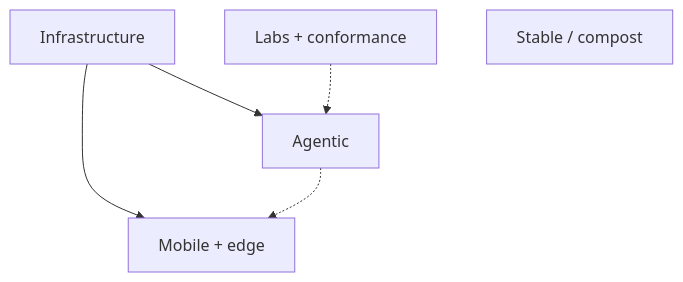
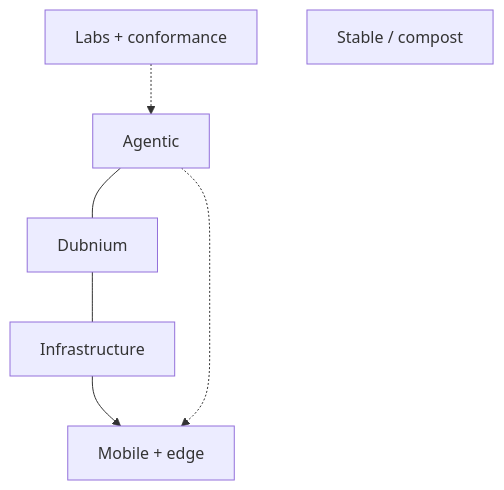
Before and after one commit to hackelia-micrantha/.github: the second of 9 diagrams in profile/README.md, drawn with Mermaid. The commit also changed other lines of this file, not shown here.

Commit message:
docs: clarify Dubnium device and infrastructure role

````diff
--- a/profile/README.md
+++ b/profile/README.md
@@ -80,13 +82,15 @@
 ```mermaid
 flowchart TB
   C["Agentic"]
+  D["Dubnium"]
+  I["Infrastructure"]
   M["Mobile + edge"]
-  I["Infrastructure"]
   L["Labs + conformance"]
   X["Stable / compost"]
 
-  I --> C
+  C --- D
+  D --- I
   I --> M
   L -.-> C
   C -.-> M
 ```
````
